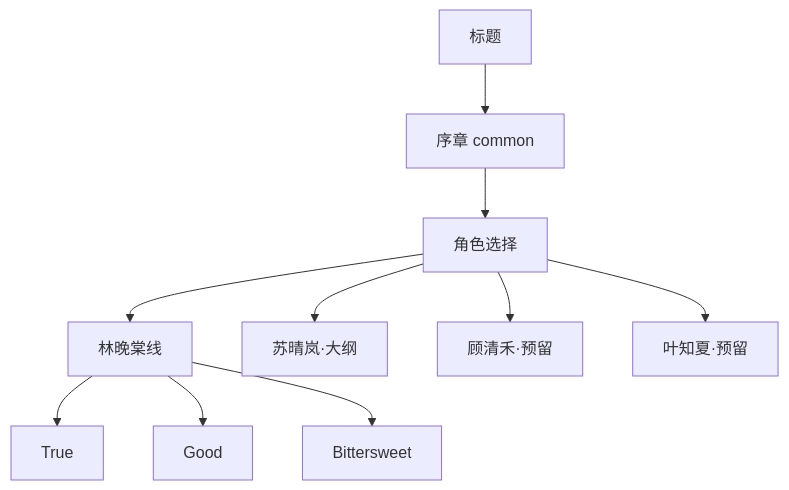
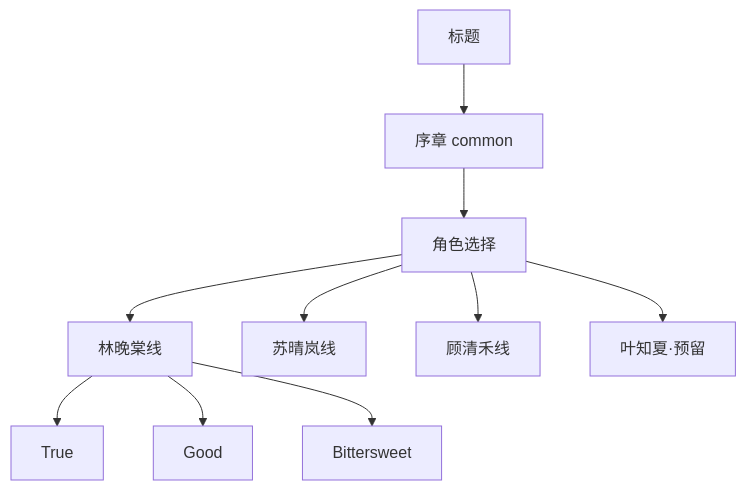
One commit to kiri225/tidal-zone-galgame changed the first of 4 diagrams in docs/STORY-DESIGN.md. Above: the diagram before and after it, drawn with Mermaid. The commit also changed other lines of this file and 165 other files, not shown here.

````diff
--- a/docs/STORY-DESIGN.md
+++ b/docs/STORY-DESIGN.md
@@ -330,12 +383,12 @@
 ```mermaid
 flowchart TD
   Title[标题] --> Common[序章 common]
   Common --> Select[角色选择]
   Select --> WT[林晚棠线]
-  Select --> QL[苏晴岚·大纲]
-  Select --> QH[顾清禾·预留]
+  Select --> QL[苏晴岚线]
+  Select --> QH[顾清禾线]
   Select --> ZX[叶知夏·预留]
   WT --> E1[True]
   WT --> E2[Good]
   WT --> E3[Bittersweet]
 ```
````
